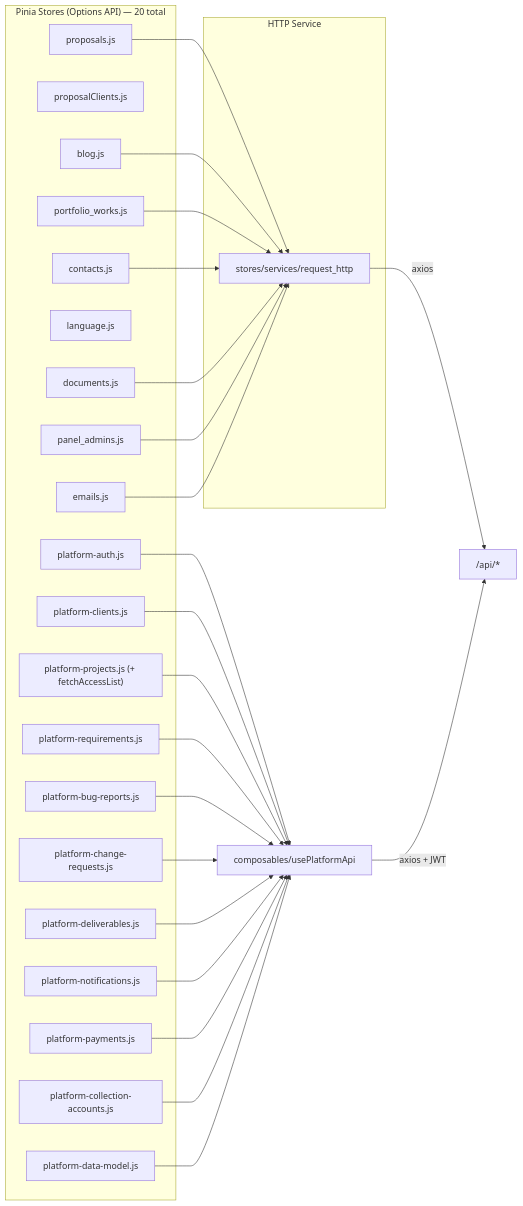
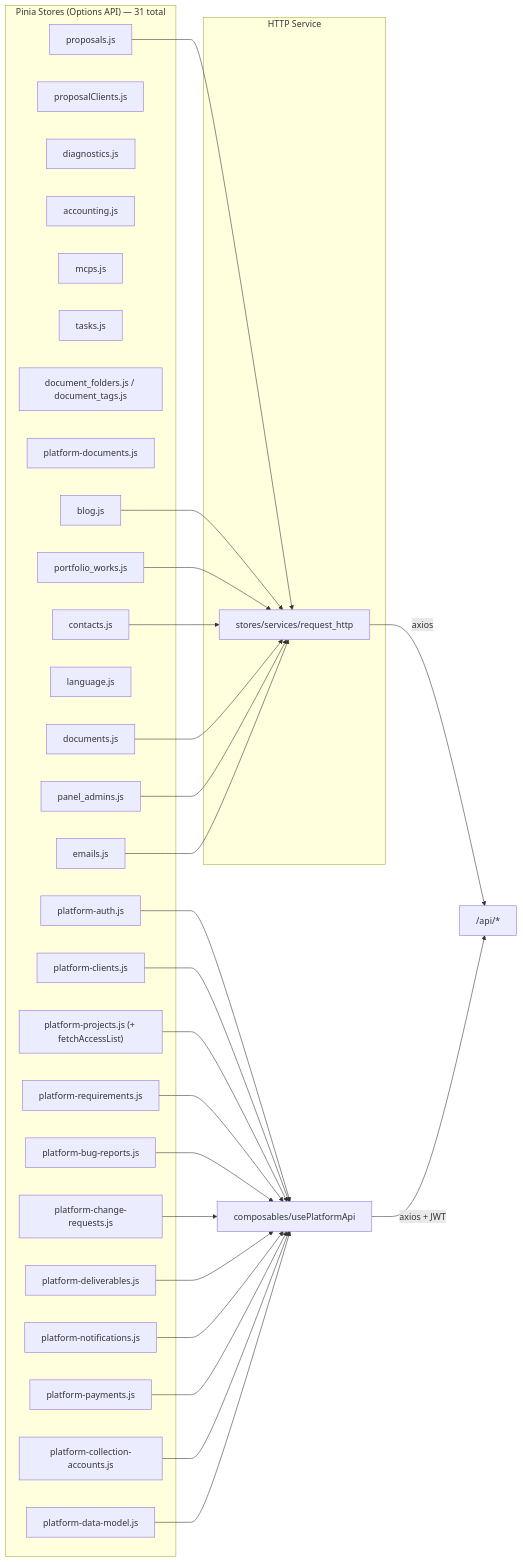
The seventh of 11 diagrams in docs/methodology/architecture.md (gustavop-dev/projectapp), drawn with Mermaid before and after one commit. The commit also changed other lines of this file and 108 other files, not shown here.

````diff
--- a/docs/methodology/architecture.md
+++ b/docs/methodology/architecture.md
@@ -335,51 +359,57 @@
 ```mermaid
 flowchart LR
-    subgraph Stores["Pinia Stores (Options API) — 20 total"]
+    subgraph Stores["Pinia Stores (Options API) — 31 total"]
         ProposalStore["proposals.js"]
         ProposalClientsStore["proposalClients.js"]
+        DiagnosticsStore["diagnostics.js"]
+        AccountingStore["accounting.js"]
+        McpsStore["mcps.js"]
+        TasksStore["tasks.js"]
+        DocumentFoldersStore["document_folders.js / document_tags.js"]
+        PlatformDocumentsStore["platform-documents.js"]
         BlogStore["blog.js"]
         PortfolioStore["portfolio_works.js"]
         ContactStore["contacts.js"]
         LanguageStore["language.js"]
         DocumentStore["documents.js"]
         PanelAdmins["panel_admins.js"]
         PlatformAuth["platform-auth.js"]
         PlatformClients["platform-clients.js"]
         PlatformProjects["platform-projects.js (+ fetchAccessList)"]
         PlatformRequirements["platform-requirements.js"]
         PlatformBugReports["platform-bug-reports.js"]
         PlatformChangeRequests["platform-change-requests.js"]
         PlatformDeliverables["platform-deliverables.js"]
         PlatformNotifications["platform-notifications.js"]
         PlatformPayments["platform-payments.js"]
         PlatformCollectionAccounts["platform-collection-accounts.js"]
         PlatformDataModel["platform-data-model.js"]
         EmailsStore["emails.js"]
     end
 
     subgraph HTTP["HTTP Service"]
         RequestHTTP["stores/services/request_http"]
     end
 
     ProposalStore --> RequestHTTP
     BlogStore --> RequestHTTP
     PortfolioStore --> RequestHTTP
     ContactStore --> RequestHTTP
     DocumentStore --> RequestHTTP
     PanelAdmins --> RequestHTTP
     PlatformAuth --> PlatformHTTP["composables/usePlatformApi"]
     PlatformClients --> PlatformHTTP
     PlatformProjects --> PlatformHTTP
     PlatformRequirements --> PlatformHTTP
     PlatformBugReports --> PlatformHTTP
     PlatformChangeRequests --> PlatformHTTP
     PlatformDeliverables --> PlatformHTTP
     PlatformNotifications --> PlatformHTTP
     PlatformPayments --> PlatformHTTP
     PlatformCollectionAccounts --> PlatformHTTP
     PlatformDataModel --> PlatformHTTP
     EmailsStore --> RequestHTTP
 
     RequestHTTP -->|axios| API["/api/*"]
     PlatformHTTP -->|axios + JWT| API
 ```
````
